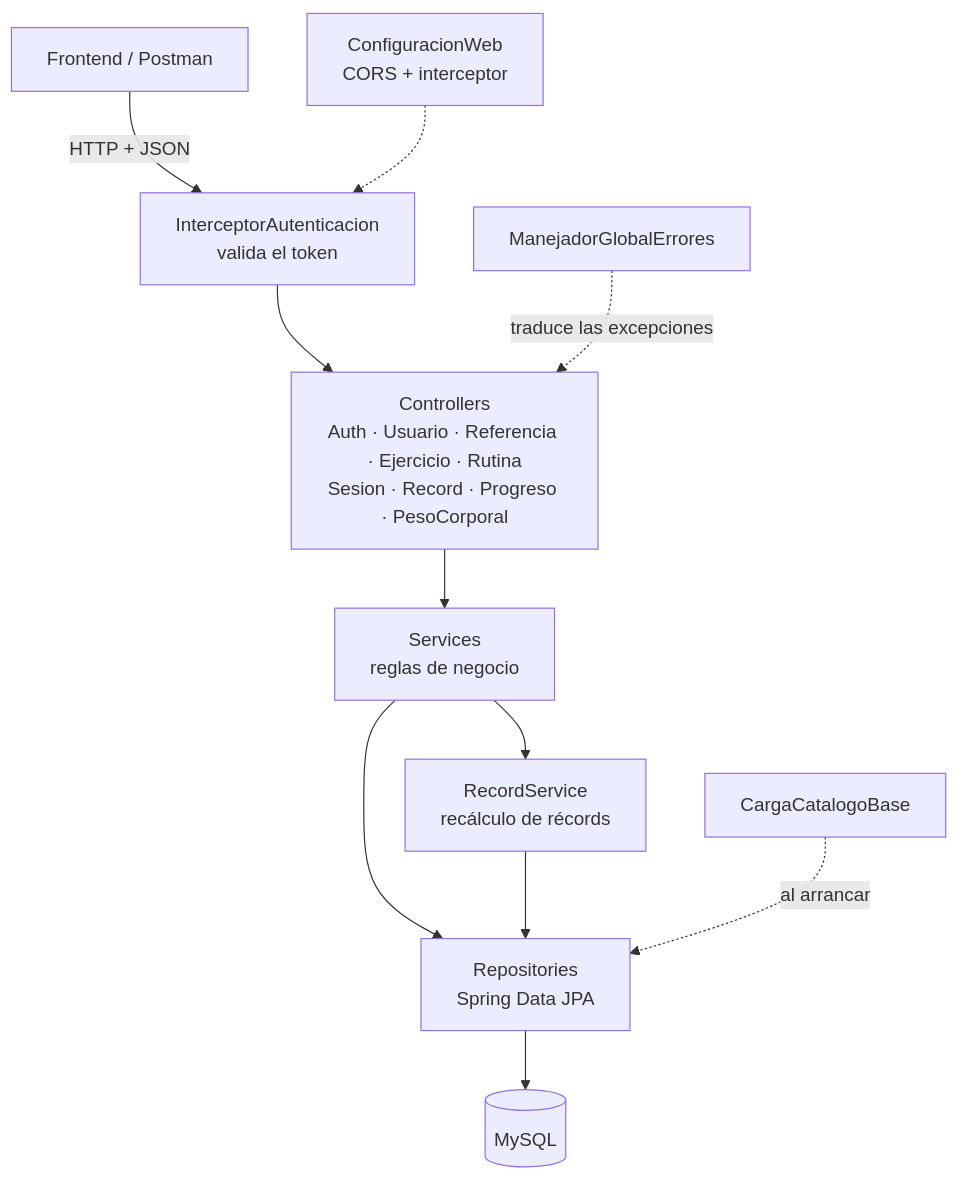
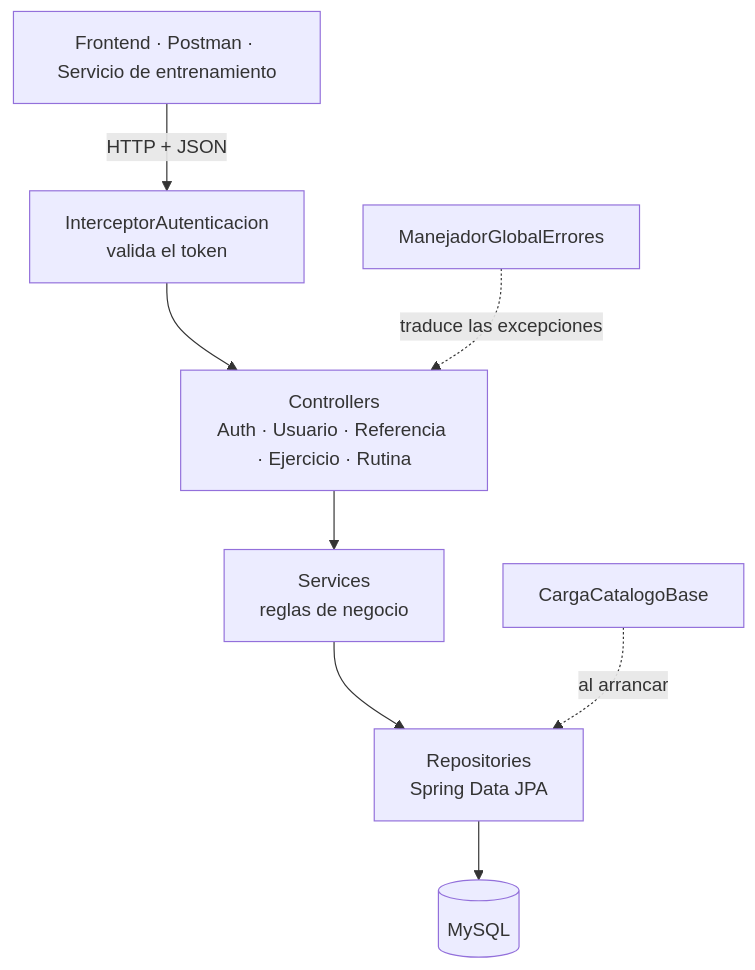
Before and after one commit to rancesra/gymrutine: the second of 6 diagrams in docs/ARQUITECTURA.md, drawn with Mermaid. The commit also changed other lines of this file and 14 other files, not shown here.

````diff
--- a/docs/ARQUITECTURA.md
+++ b/docs/ARQUITECTURA.md
@@ -43,13 +60,10 @@
 ```mermaid
 graph TD
-    Cliente["Frontend / Postman"] -->|"HTTP + JSON"| INT["InterceptorAutenticacion<br/>valida el token"]
-    INT --> CTRL["Controllers<br/>Auth · Usuario · Referencia · Ejercicio · Rutina<br/>Sesion · Record · Progreso · PesoCorporal"]
+    Cliente["Frontend · Postman · Servicio de entrenamiento"] -->|"HTTP + JSON"| INT["InterceptorAutenticacion<br/>valida el token"]
+    INT --> CTRL["Controllers<br/>Auth · Usuario · Referencia · Ejercicio · Rutina"]
     CTRL --> SERV["Services<br/>reglas de negocio"]
-    SERV --> REC["RecordService<br/>recálculo de récords"]
     SERV --> REPO["Repositories<br/>Spring Data JPA"]
-    REC --> REPO
     REPO --> DB[("MySQL")]
     ERR["ManejadorGlobalErrores"] -.->|"traduce las excepciones"| CTRL
     CARGA["CargaCatalogoBase"] -.->|"al arrancar"| REPO
-    CORS["ConfiguracionWeb<br/>CORS + interceptor"] -.-> INT
 ```
````
